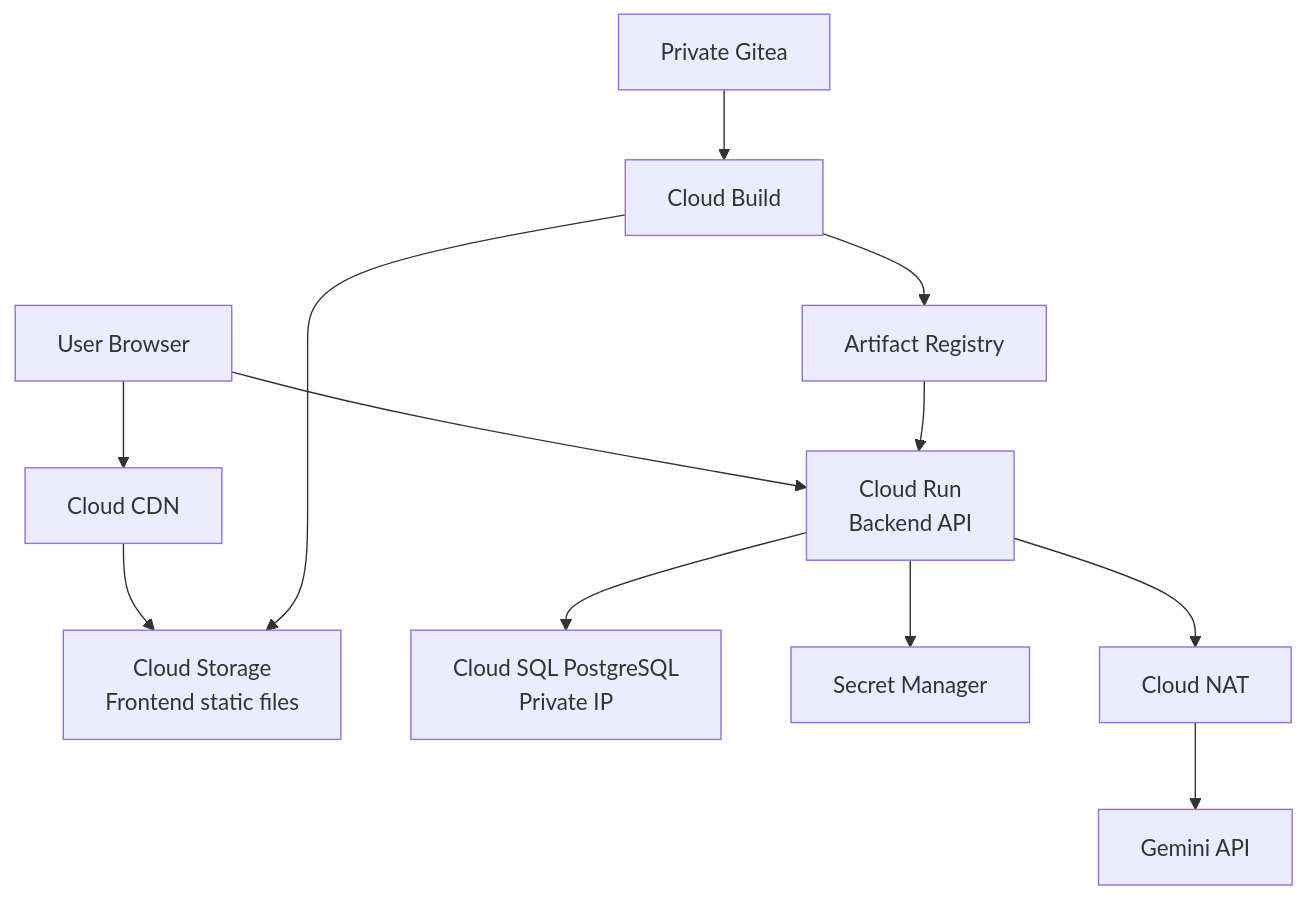
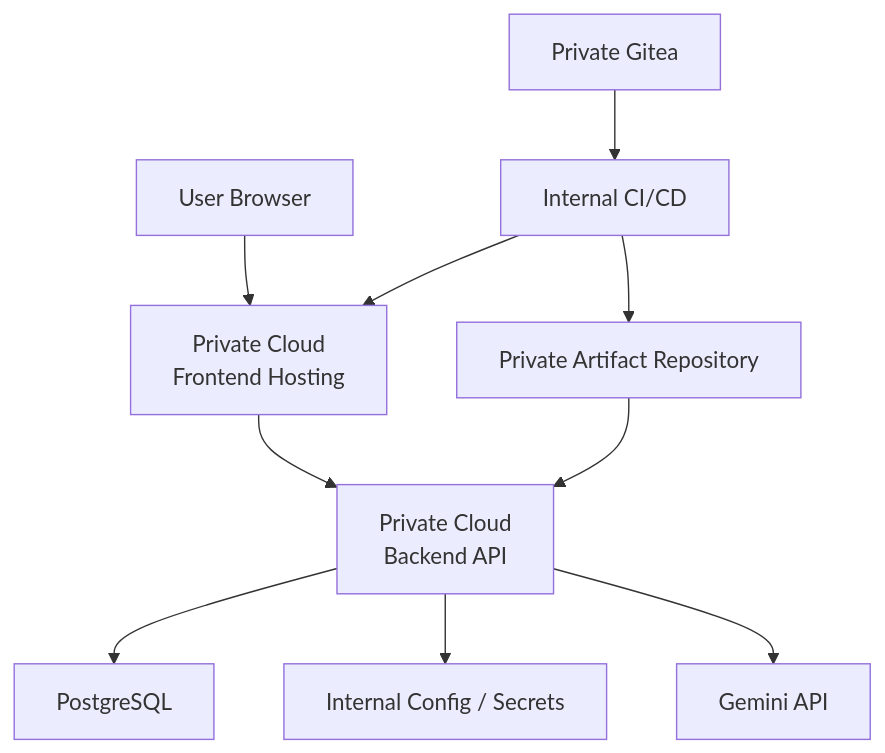
Before and after one commit to fwangjuwon/nsonge_project: the tenth of 10 diagrams in docs/ARCHITECTURE.md, drawn with Mermaid. The commit also changed other lines of this file and 1 other file, not shown here.

Commit message:
docs: correct infrastructure description

````diff
--- a/docs/ARCHITECTURE.md
+++ b/docs/ARCHITECTURE.md
@@ -253,26 +253,22 @@
 ```mermaid
 flowchart TB
     User["User Browser"]
-    CDN["Cloud CDN"]
-    GCS["Cloud Storage\nFrontend static files"]
-    Run["Cloud Run\nBackend API"]
-    SQL["Cloud SQL PostgreSQL\nPrivate IP"]
-    Secret["Secret Manager"]
-    AR["Artifact Registry"]
-    Build["Cloud Build"]
+    FE["Private Cloud\nFrontend Hosting"]
+    BE["Private Cloud\nBackend API"]
+    SQL["PostgreSQL"]
+    Secret["Internal Config / Secrets"]
+    AR["Private Artifact Repository"]
+    Build["Internal CI/CD"]
     Gitea["Private Gitea"]
-    NAT["Cloud NAT"]
     Gemini["Gemini API"]
 
-    User --> CDN
-    CDN --> GCS
-    User --> Run
-    Run --> SQL
-    Run --> Secret
-    Run --> NAT
-    NAT --> Gemini
+    User --> FE
+    FE --> BE
+    BE --> SQL
+    BE --> Secret
+    BE --> Gemini
     Gitea --> Build
     Build --> AR
-    AR --> Run
-    Build --> GCS
+    AR --> BE
+    Build --> FE
 ```
````
